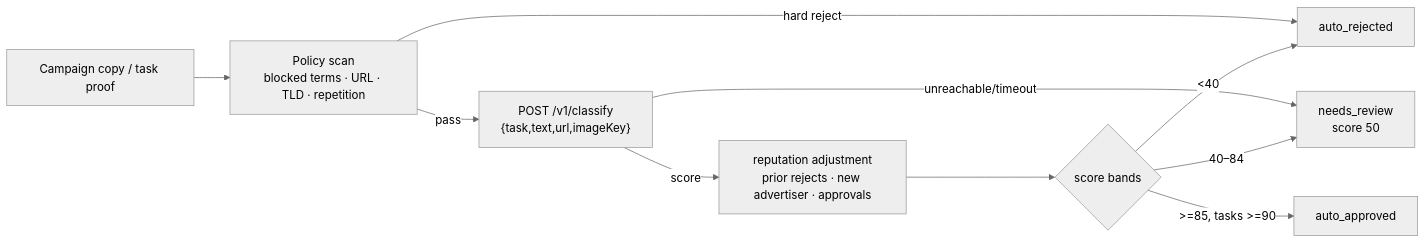
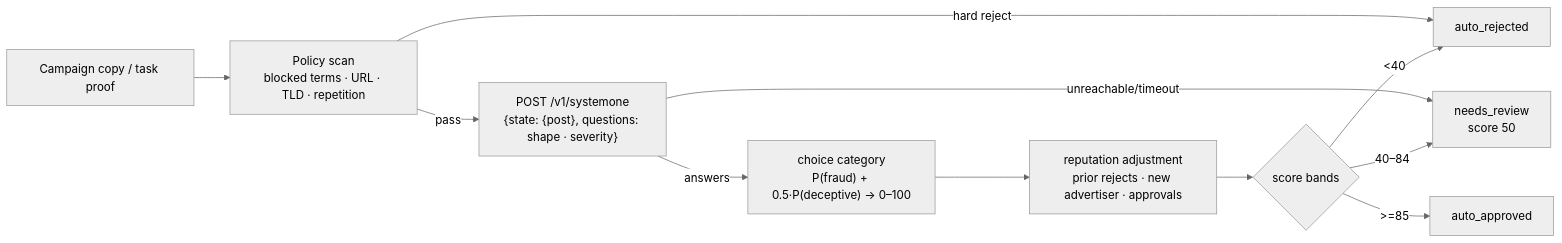
The fifth of 6 diagrams in ARCHITECTURE.md (BurningFlamesss/meantime), drawn with Mermaid (neutral theme) before and after one commit. The commit also changed other lines of this file and 10 other files, not shown here.

````diff
--- a/ARCHITECTURE.md
+++ b/ARCHITECTURE.md
@@ -320,12 +321,13 @@
 ```mermaid
 flowchart LR
   IN["Campaign copy / task proof"] --> POL["Policy scan<br/>blocked terms · URL · TLD · repetition"]
   POL -->|hard reject| REJ["auto_rejected"]
-  POL -->|pass| LAYA["POST /v1/classify<br/>{task,text,url,imageKey}"]
+  POL -->|pass| LAYA["POST /v1/systemone<br/>{state: {post}, questions: shape · severity}"]
   LAYA -->|unreachable/timeout| REV["needs_review<br/>score 50"]
-  LAYA -->|score| ADJ["reputation adjustment<br/>prior rejects · new advertiser · approvals"]
+  LAYA -->|answers| MAP["choice category<br/>P(fraud) + 0.5·P(deceptive) → 0–100"]
+  MAP --> ADJ["reputation adjustment<br/>prior rejects · new advertiser · approvals"]
   ADJ --> DEC{"score bands"}
-  DEC -->|">=85, tasks >=90"| APP["auto_approved"]
+  DEC -->|">=85"| APP["auto_approved"]
   DEC -->|"<40"| REJ
   DEC -->|"40–84"| REV
 ```
````
